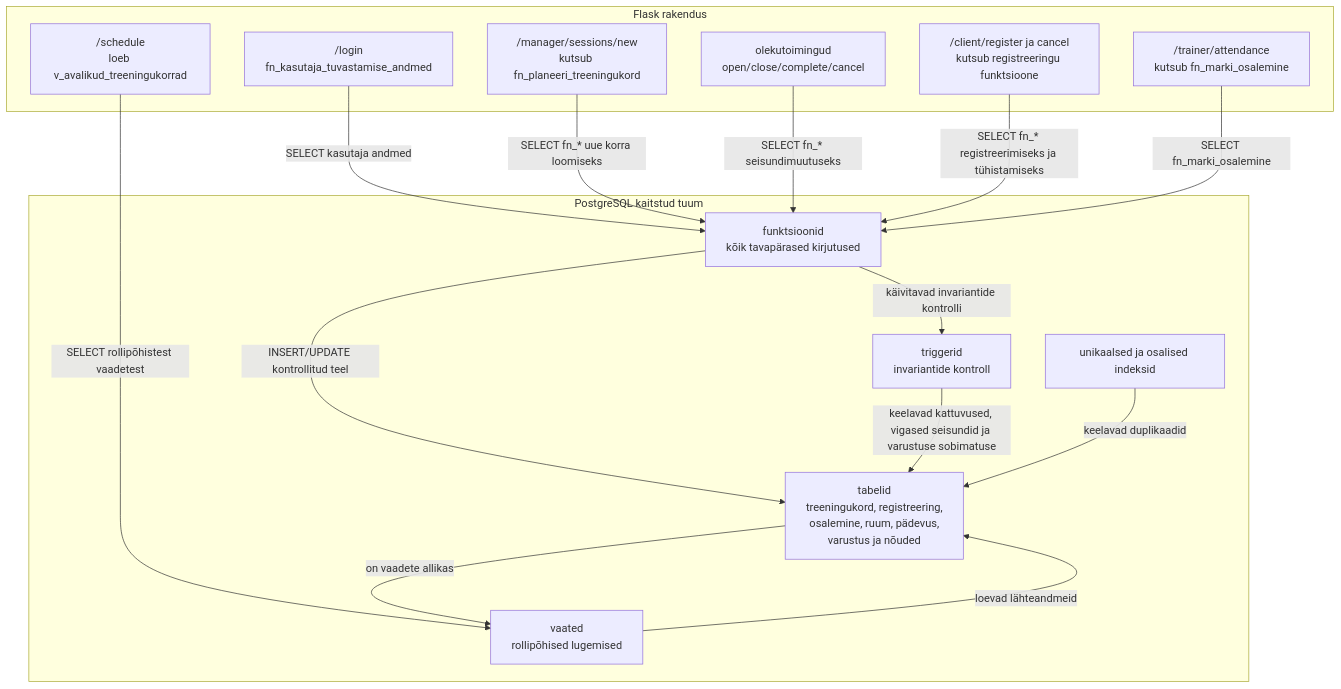
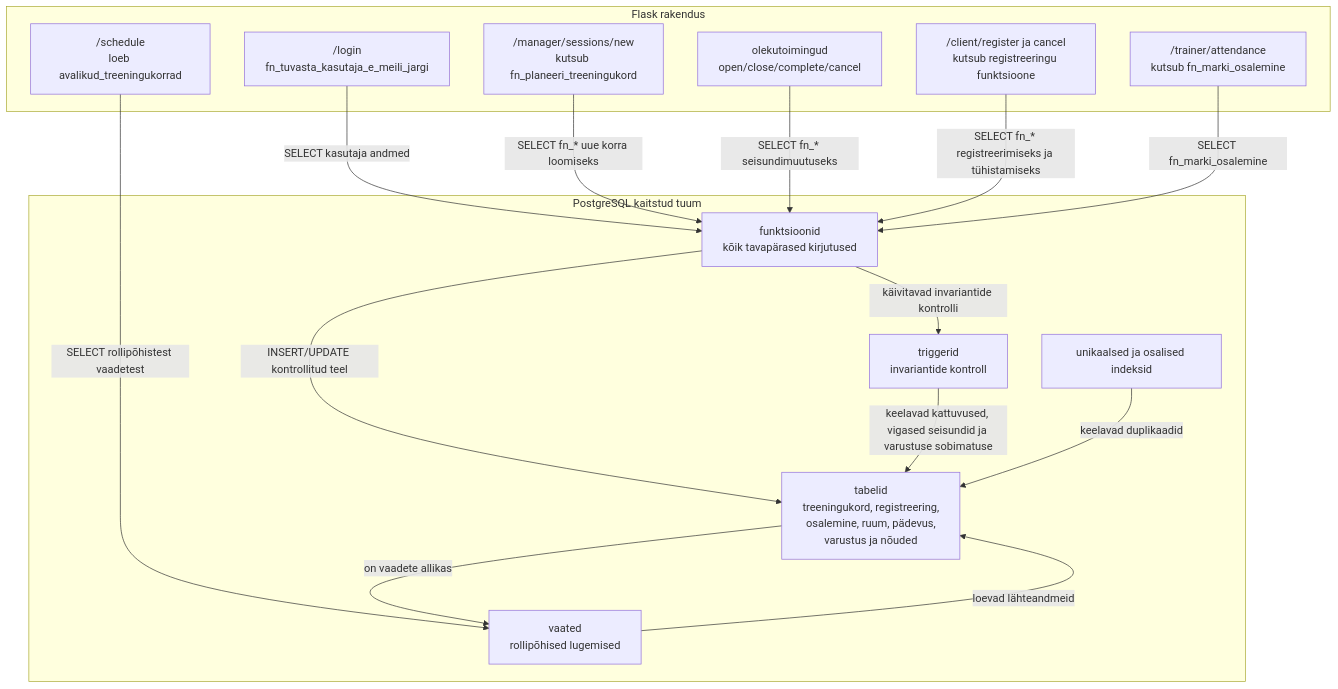
Before and after one commit to tamkivi/andmebaasid-projekt: the diagram in diagrams/09_app_db_architecture.mmd, drawn with Mermaid. The commit also changed 29 other files, not shown here.

```diff
--- a/diagrams/09_app_db_architecture.mmd
+++ b/diagrams/09_app_db_architecture.mmd
@@ -1,31 +1,31 @@
 flowchart TB
     subgraph "Flask rakendus"
-        LOGIN["/login\nfn_kasutaja_tuvastamise_andmed"]
-        SCH["/schedule\nloeb v_avalikud_treeningukorrad"]
+        LOGIN["/login\nfn_tuvasta_kasutaja_e_meili_jargi"]
+        SCH["/schedule\nloeb avalikud_treeningukorrad"]
         CRE["/manager/sessions/new\nkutsub fn_planeeri_treeningukord"]
         ACT["olekutoimingud\nopen/close/complete/cancel"]
         REG["/client/register ja cancel\nkutsub registreeringu funktsioone"]
         ATT["/trainer/attendance\nkutsub fn_marki_osalemine"]
     end
 
     subgraph "PostgreSQL kaitstud tuum"
         VIEWS["vaated\nrollipõhised lugemised"]
         FUNCS["funktsioonid\nkõik tavapärased kirjutused"]
         TRIG["triggerid\ninvariantide kontroll"]
         IDX["unikaalsed ja osalised indeksid"]
         TABLES["tabelid\ntreeningukord, registreering,\nosalemine, ruum, pädevus,\nvarustus ja nõuded"]
     end
 
     LOGIN -->|"SELECT kasutaja andmed"| FUNCS
     SCH -->|"SELECT rollipõhistest vaadetest"| VIEWS
     CRE -->|"SELECT fn_* uue korra loomiseks"| FUNCS
     ACT -->|"SELECT fn_* seisundimuutuseks"| FUNCS
     REG -->|"SELECT fn_* registreerimiseks ja tühistamiseks"| FUNCS
     ATT -->|"SELECT fn_marki_osalemine"| FUNCS
 
     FUNCS -->|"INSERT/UPDATE kontrollitud teel"| TABLES
     VIEWS -->|"loevad lähteandmeid"| TABLES
     TRIG -->|"keelavad kattuvused, vigased seisundid ja varustuse sobimatuse"| TABLES
     IDX -->|"keelavad duplikaadid"| TABLES
     FUNCS -->|"käivitavad invariantide kontrolli"| TRIG
     TABLES -->|"on vaadete allikas"| VIEWS
```
